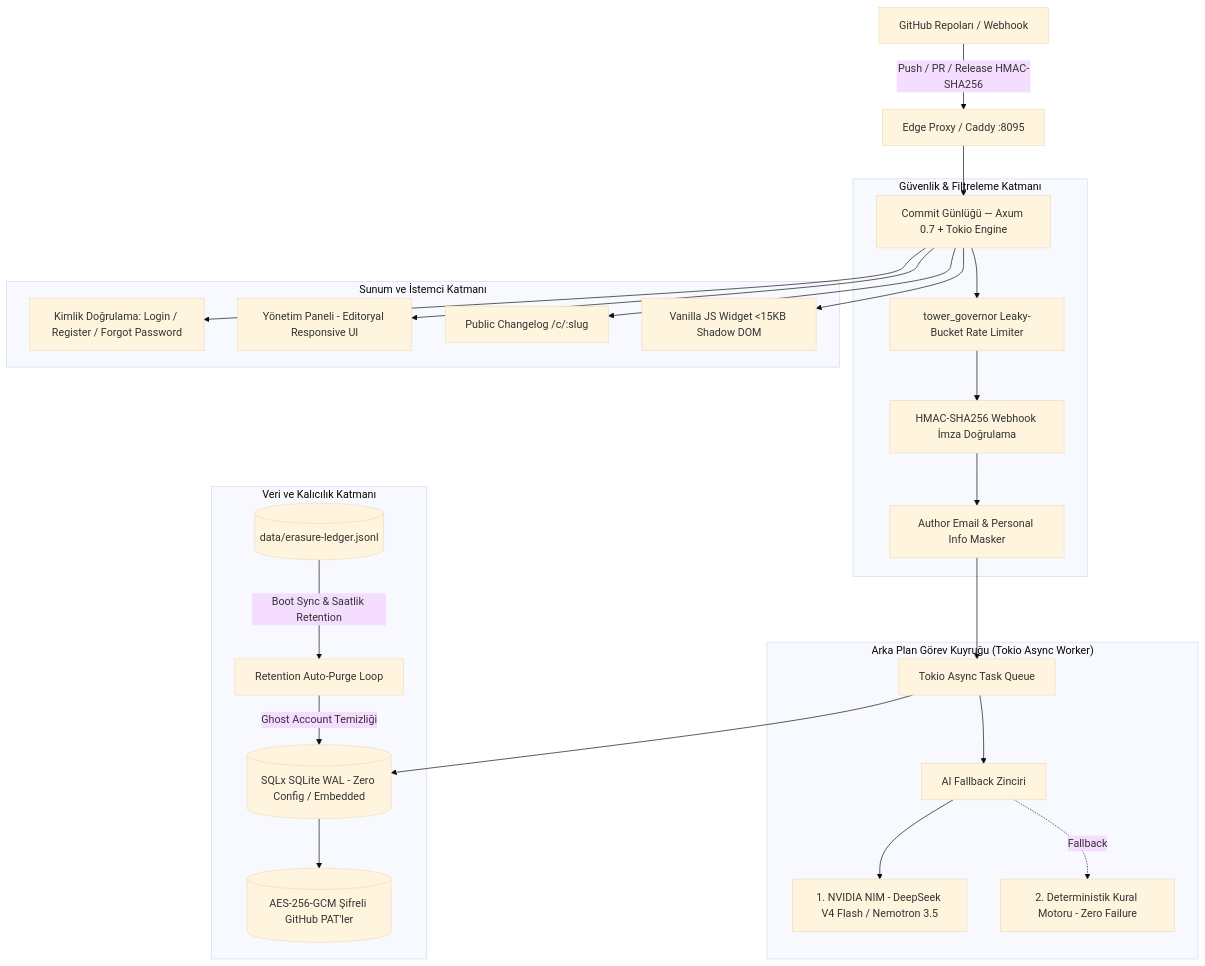
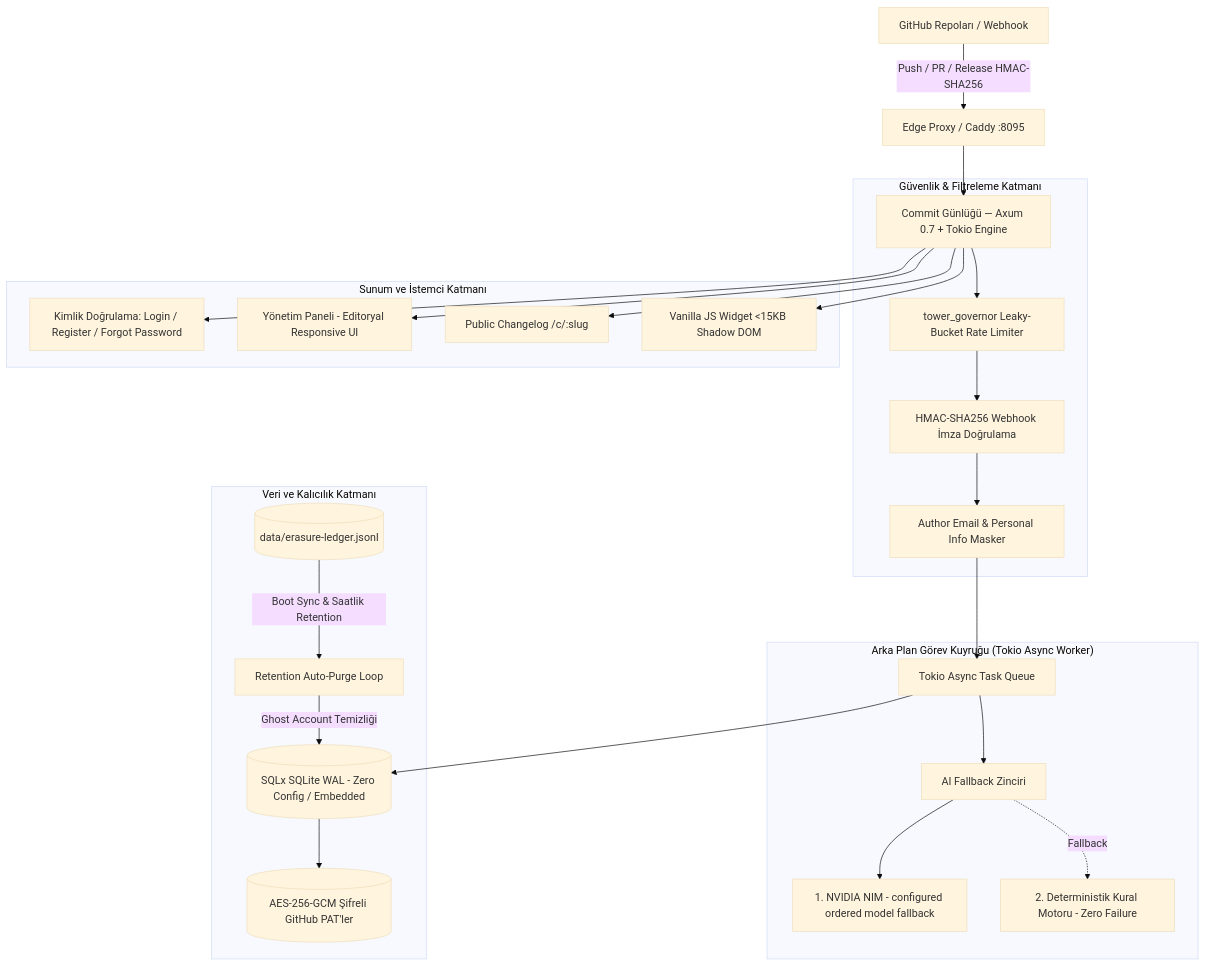
Before and after one commit to dixtuel/commit-gunlugu: the diagram in README.md, drawn with Mermaid (base theme). The commit also changed 2 other files, not shown here.

Commit message:
docs: document ordered NIM fallback profiles

````diff
--- a/README.md
+++ b/README.md
@@ -40,34 +40,34 @@
 ```mermaid
 graph TD
     GH[GitHub Repoları / Webhook] -->|Push / PR / Release HMAC-SHA256| Proxy[Edge Proxy / Caddy :8095]
     Proxy --> Axum[Commit Günlüğü — Axum 0.7 + Tokio Engine]
 
     subgraph "Güvenlik & Filtreleme Katmanı"
         Axum --> RateLimit[tower_governor Leaky-Bucket Rate Limiter]
         RateLimit --> HMACVerify[HMAC-SHA256 Webhook İmza Doğrulama]
         HMACVerify --> PrivacySanitizer[Author Email & Personal Info Masker]
     end
 
     subgraph "Arka Plan Görev Kuyruğu (Tokio Async Worker)"
         PrivacySanitizer --> TaskQueue[Tokio Async Task Queue]
         TaskQueue --> LLMChain[AI Fallback Zinciri]
         
-        LLMChain --> Tier1[1. NVIDIA NIM - DeepSeek V4 Flash / Nemotron 3.5]
+        LLMChain --> Tier1[1. NVIDIA NIM - configured ordered model fallback]
         LLMChain -.->|Fallback| Tier2[2. Deterministik Kural Motoru - Zero Failure]
     end
 
     subgraph "Veri ve Kalıcılık Katmanı"
         TaskQueue --> SQLx[(SQLx SQLite WAL - Zero Config / Embedded)]
         SQLx --> TokenCrypto[(AES-256-GCM Şifreli GitHub PAT'ler)]
         
         ErasureLedger[(data/erasure-ledger.jsonl)] -->|Boot Sync & Saatlik Retention| RetentionWorker[Retention Auto-Purge Loop]
         RetentionWorker -->|Ghost Account Temizliği| SQLx
     end
 
     subgraph "Sunum ve İstemci Katmanı"
         Axum --> AuthUI[Kimlik Doğrulama: Login / Register / Forgot Password]
         Axum --> DashboardUI[Yönetim Paneli - Editoryal Responsive UI]
         Axum --> PublicChangelog[Public Changelog /c/:slug]
         Axum --> WidgetScript[Vanilla JS Widget <15KB Shadow DOM]
     end
 ```
````
